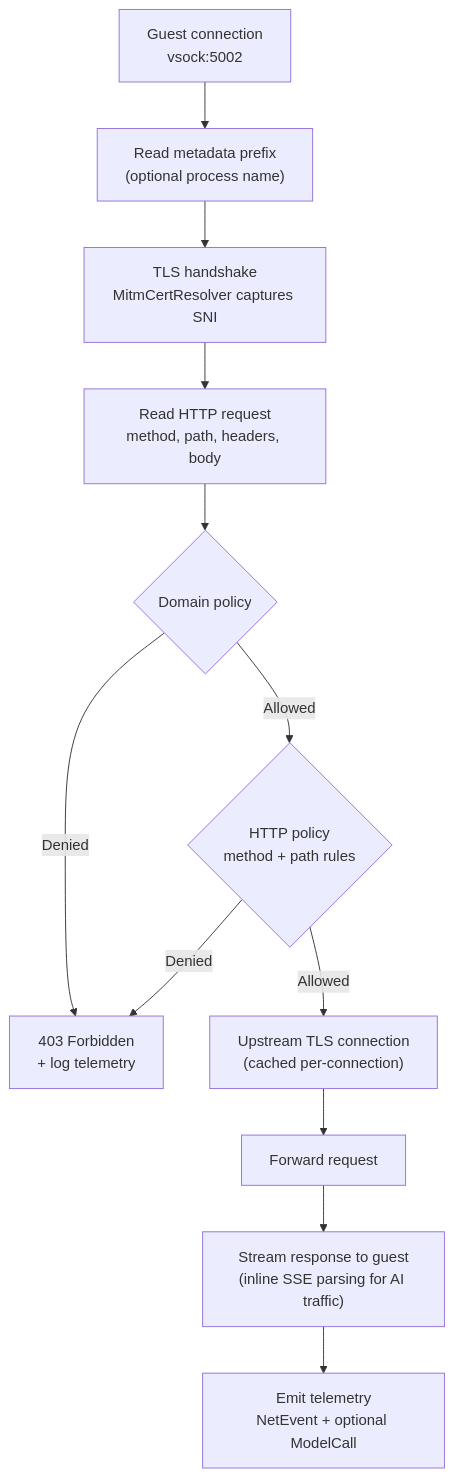
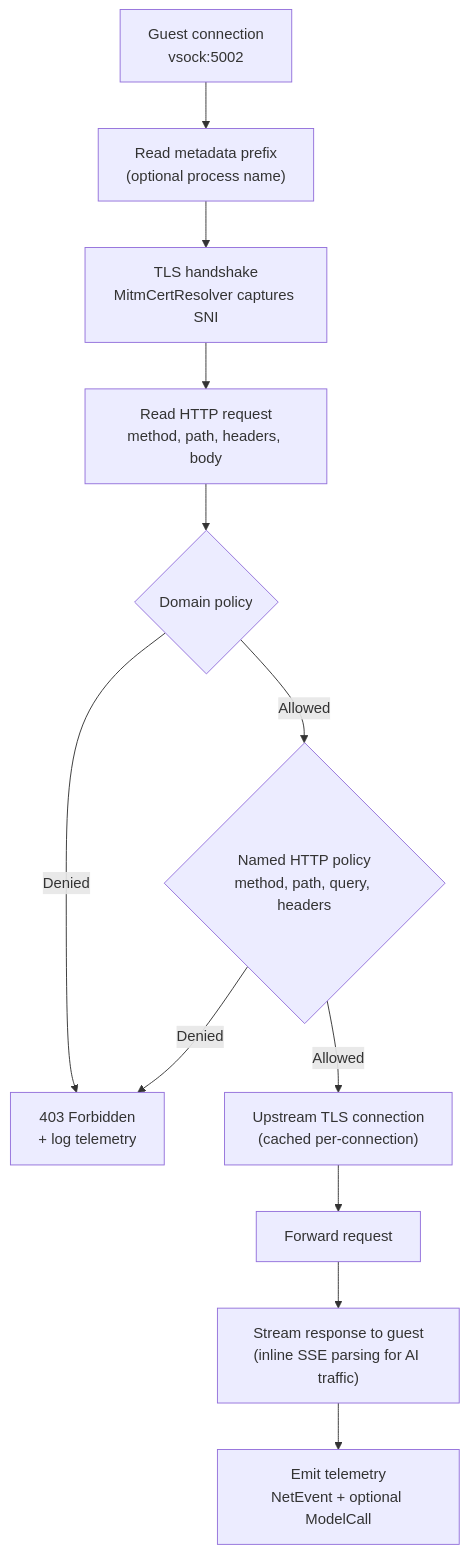
One commit to google/capsem changed the first of 5 diagrams in docs/src/content/docs/architecture/mitm-proxy.md. Above: the diagram before and after it, drawn with Mermaid. The commit also changed other lines of this file and 552 other files, not shown here.

````diff
--- a/docs/src/content/docs/architecture/mitm-proxy.md
+++ b/docs/src/content/docs/architecture/mitm-proxy.md
@@ -14,14 +14,14 @@
 ```mermaid
 graph TD
     A["Guest connection<br/>vsock:5002"] --> B["Read metadata prefix<br/>(optional process name)"]
     B --> C["TLS handshake<br/>MitmCertResolver captures SNI"]
     C --> D["Read HTTP request<br/>method, path, headers, body"]
     D --> E{"Domain policy"}
     E -->|Denied| F["403 Forbidden<br/>+ log telemetry"]
-    E -->|Allowed| G{"HTTP policy<br/>method + path rules"}
+    E -->|Allowed| G{"Named HTTP policy<br/>method, path, query, headers"}
     G -->|Denied| F
     G -->|Allowed| H["Upstream TLS connection<br/>(cached per-connection)"]
     H --> I["Forward request"]
     I --> J["Stream response to guest<br/>(inline SSE parsing for AI traffic)"]
     J --> K["Emit telemetry<br/>NetEvent + optional ModelCall"]
 ```
````
